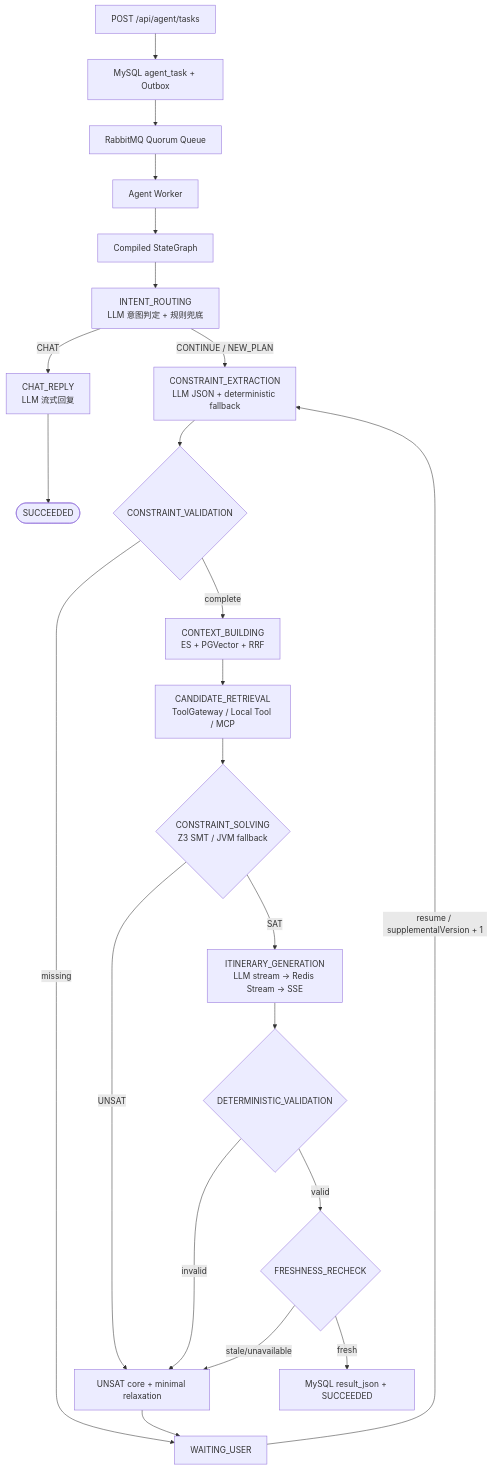
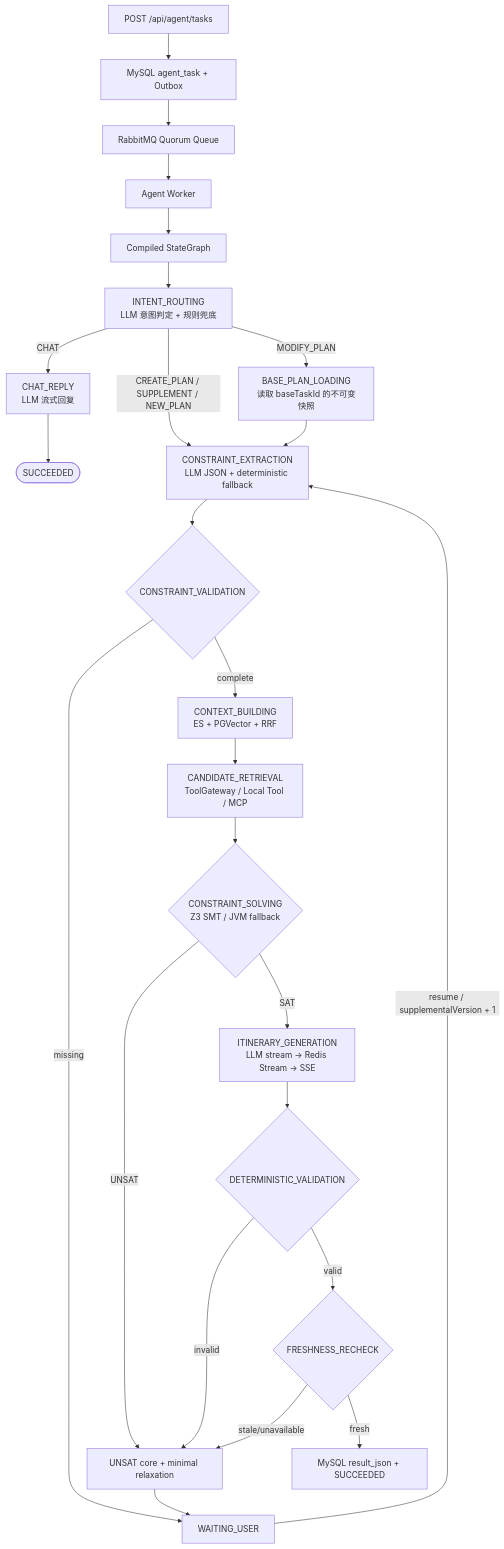
One commit to 37517968/TravelMind-AI changed the diagram in docs/architecture/FORMAL-TRAVEL-WORKFLOW.md. Above: the diagram before and after it, drawn with Mermaid. The commit also changed other lines of this file and 15 other files, not shown here.

````diff
--- a/docs/architecture/FORMAL-TRAVEL-WORKFLOW.md
+++ b/docs/architecture/FORMAL-TRAVEL-WORKFLOW.md
@@ -9,26 +9,28 @@
 ```mermaid
 flowchart TD
     API[POST /api/agent/tasks] --> TX[MySQL agent_task + Outbox]
     TX --> MQ[RabbitMQ Quorum Queue]
     MQ --> WORKER[Agent Worker]
     WORKER --> GRAPH[Compiled StateGraph]
 
     GRAPH --> INTENT[INTENT_ROUTING\nLLM 意图判定 + 规则兜底]
     INTENT -->|CHAT| CHATNODE[CHAT_REPLY\nLLM 流式回复]
     CHATNODE --> DONE([SUCCEEDED])
-    INTENT -->|CONTINUE / NEW_PLAN| EXTRACT[CONSTRAINT_EXTRACTION\nLLM JSON + deterministic fallback]
+    INTENT -->|CREATE_PLAN / SUPPLEMENT / NEW_PLAN| EXTRACT[CONSTRAINT_EXTRACTION\nLLM JSON + deterministic fallback]
+    INTENT -->|MODIFY_PLAN| BASE[BASE_PLAN_LOADING\n读取 baseTaskId 的不可变快照]
+    BASE --> EXTRACT
     EXTRACT --> CHECK{CONSTRAINT_VALIDATION}
     CHECK -->|missing| WAIT[WAITING_USER]
     WAIT -->|resume / supplementalVersion + 1| EXTRACT
     CHECK -->|complete| CONTEXT[CONTEXT_BUILDING\nES + PGVector + RRF]
     CONTEXT --> CANDIDATES[CANDIDATE_RETRIEVAL\nToolGateway / Local Tool / MCP]
     CANDIDATES --> SOLVER{CONSTRAINT_SOLVING\nZ3 SMT / JVM fallback}
     SOLVER -->|UNSAT| RELAX[UNSAT core + minimal relaxation]
     RELAX --> WAIT
     SOLVER -->|SAT| GEN[ITINERARY_GENERATION\nLLM stream -> Redis Stream -> SSE]
     GEN --> VALIDATE{DETERMINISTIC_VALIDATION}
     VALIDATE -->|invalid| RELAX
     VALIDATE -->|valid| FRESH{FRESHNESS_RECHECK}
     FRESH -->|stale/unavailable| RELAX
     FRESH -->|fresh| RESULT[MySQL result_json + SUCCEEDED]
 ```
````
